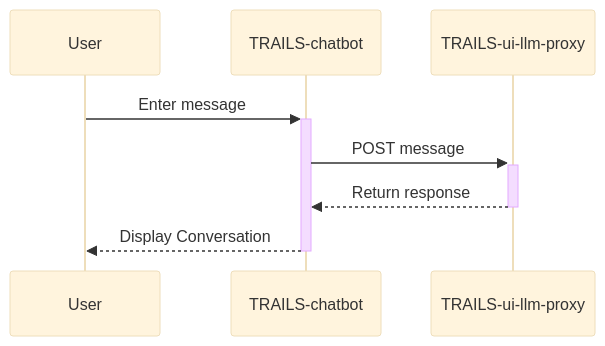
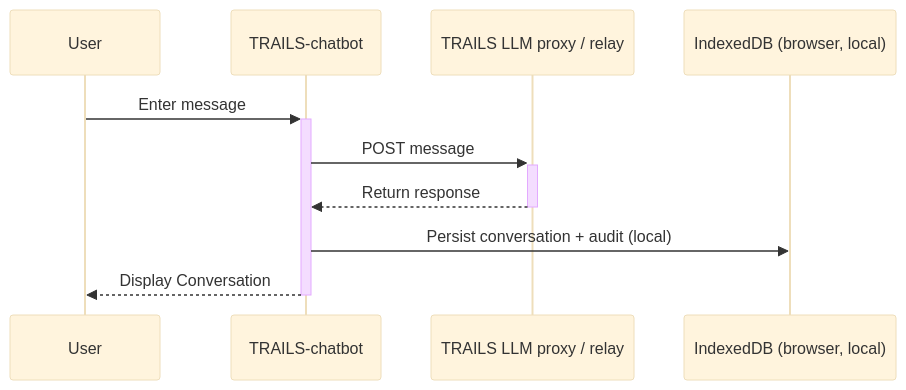
The diagram in README.md (gwusec/GenAI-Auditing), drawn with Mermaid (base theme) before and after one commit. The commit also changed other lines of this file and 145 other files, not shown here.

First line of the commit message:
Migrate CRA->Vite; add Feature-0 study-config architecture, sessions, questionnaire, Supabase stores

````diff
--- a/README.md
+++ b/README.md
@@ -62,11 +68,13 @@
 ```mermaid
     sequenceDiagram
         participant User as User
         participant chatbot as TRAILS-chatbot
-        participant proxy as TRAILS-ui-llm-proxy
+        participant proxy as TRAILS LLM proxy / relay
+        participant store as IndexedDB (browser, local)
 
         User->>+chatbot: Enter message
         chatbot->>+proxy: POST message
         proxy-->>-chatbot: Return response
+        chatbot->>store: Persist conversation + audit (local)
         chatbot-->>-User: Display Conversation
 ```
````
